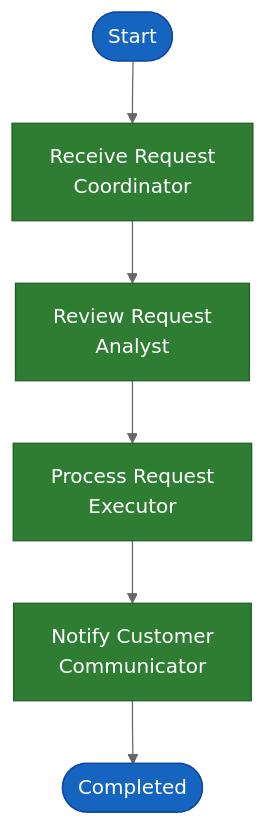
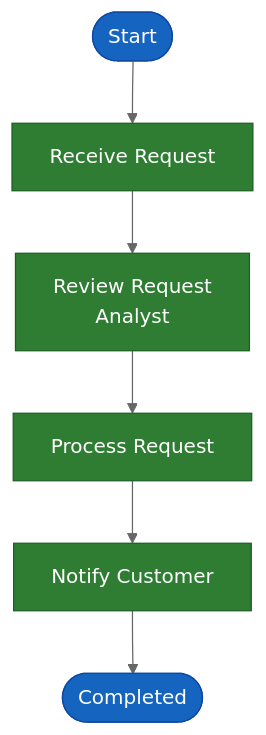
The first of 11 diagrams in docs/reference/visual-patterns.md (gcowin/approachable-workflows), drawn with Mermaid before and after one commit. The commit also changed other lines of this file and 58 other files, not shown here.

````diff
--- a/docs/reference/visual-patterns.md
+++ b/docs/reference/visual-patterns.md
@@ -47,16 +47,16 @@
 ```mermaid
 %%{init: {'theme':'base', 'themeVariables': {'primaryColor':'#2E7D32','primaryTextColor':'#fff','primaryBorderColor':'#1B5E20','lineColor':'#666','secondaryColor':'#1565C0','tertiaryColor':'#F57C00'}}}%%
 graph TD
-    Start([Start]) --> A[Receive Request<br/>Coordinator]
+    Start([Start]) --> A[Receive Request]
     A --> B[Review Request<br/>Analyst]
-    B --> C[Process Request<br/>Executor]
-    C --> D[Notify Customer<br/>Communicator]
+    B --> C[Process Request]
+    C --> D[Notify Customer]
     D --> End([Completed])
     
     style Start fill:#1565C0,stroke:#0D47A1,color:#fff
     style A fill:#2E7D32,stroke:#1B5E20,color:#fff
     style B fill:#2E7D32,stroke:#1B5E20,color:#fff
     style C fill:#2E7D32,stroke:#1B5E20,color:#fff
     style D fill:#2E7D32,stroke:#1B5E20,color:#fff
     style End fill:#1565C0,stroke:#0D47A1,color:#fff
 ```
````
